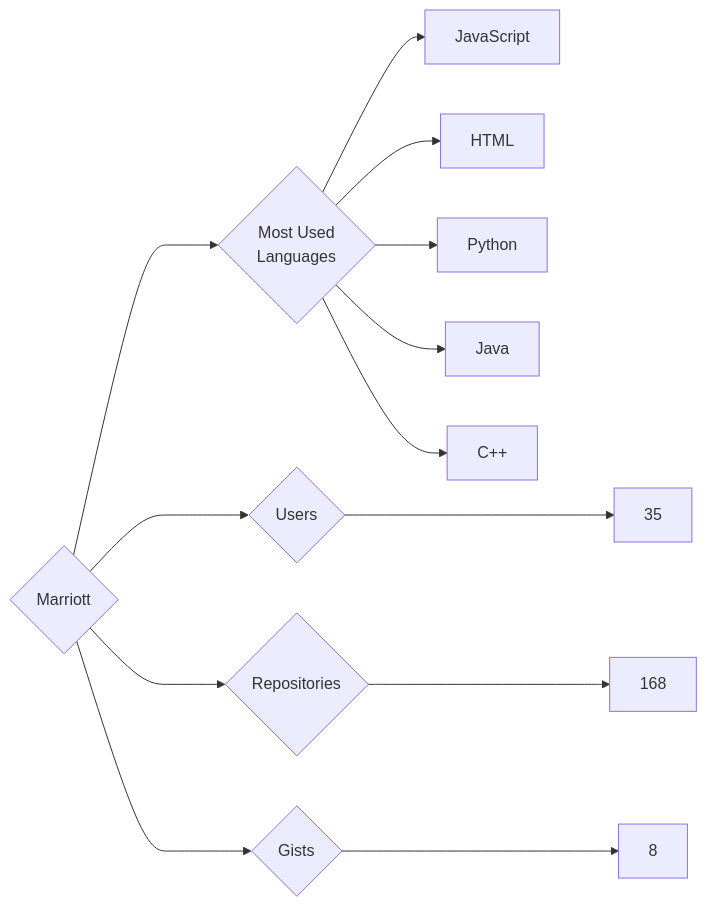
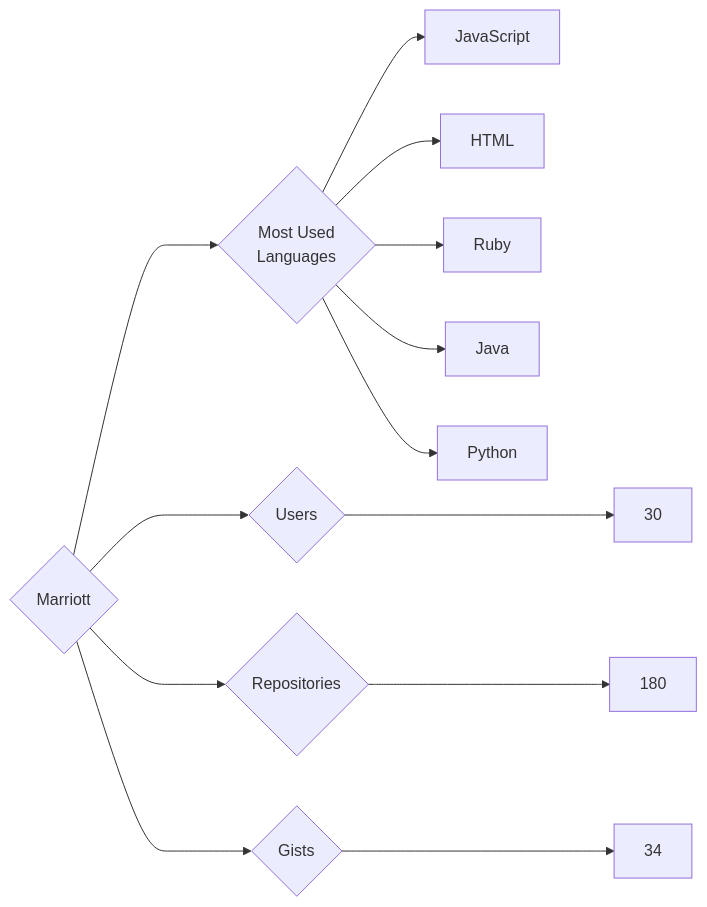
One commit to trickest/insiders changed the diagram in targets/Marriott/README.md. Above: the diagram before and after it, drawn with Mermaid. The commit also changed 833 other files, not shown here.

````diff
--- a/targets/Marriott/README.md
+++ b/targets/Marriott/README.md
@@ -3,13 +3,13 @@
 ```mermaid
 graph LR
 COMPANY_NAME{Marriott}
-COMPANY_NAME ---> U{Users} ---> UN[35]
-COMPANY_NAME ---> R{Repositories} ---> RN[168]
-COMPANY_NAME ---> G{Gists} ---> GN[8]
+COMPANY_NAME ---> U{Users} ---> UN[30]
+COMPANY_NAME ---> R{Repositories} ---> RN[180]
+COMPANY_NAME ---> G{Gists} ---> GN[34]
 COMPANY_NAME ---> ML{Most Used<br>Languages}
 ML --> JavaScript[JavaScript]
 ML --> HTML[HTML]
+ML --> Ruby[Ruby]
+ML --> Java[Java]
 ML --> Python[Python]
-ML --> Java[Java]
-ML --> C++[C++]
 ```
````
